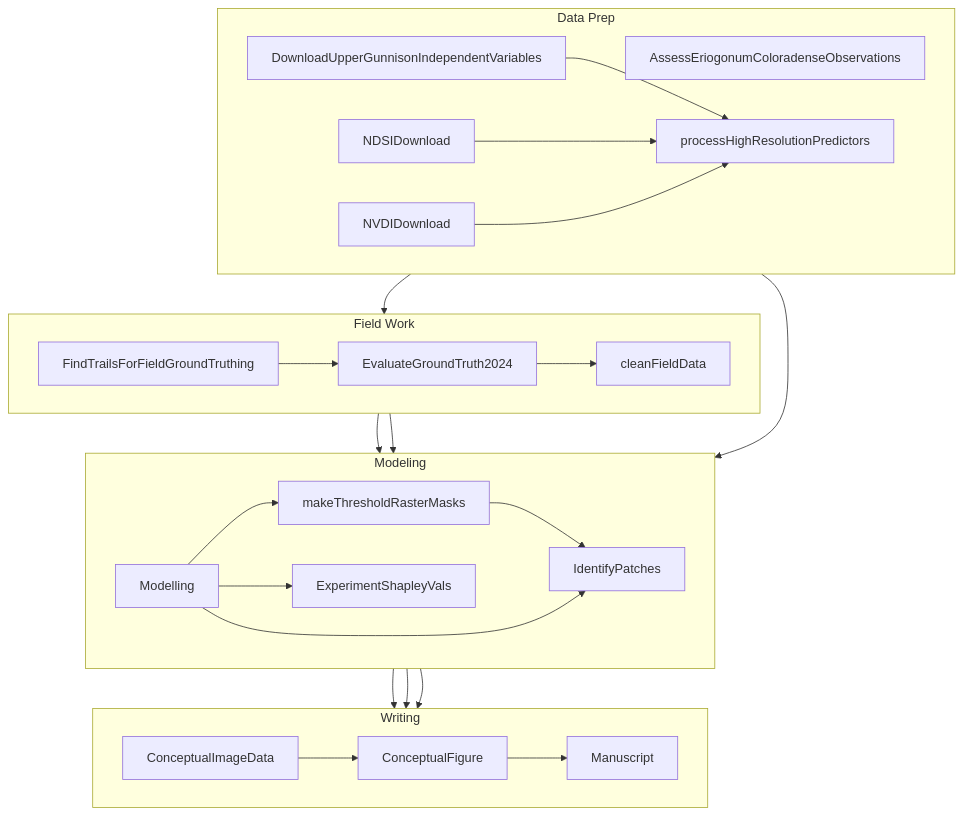
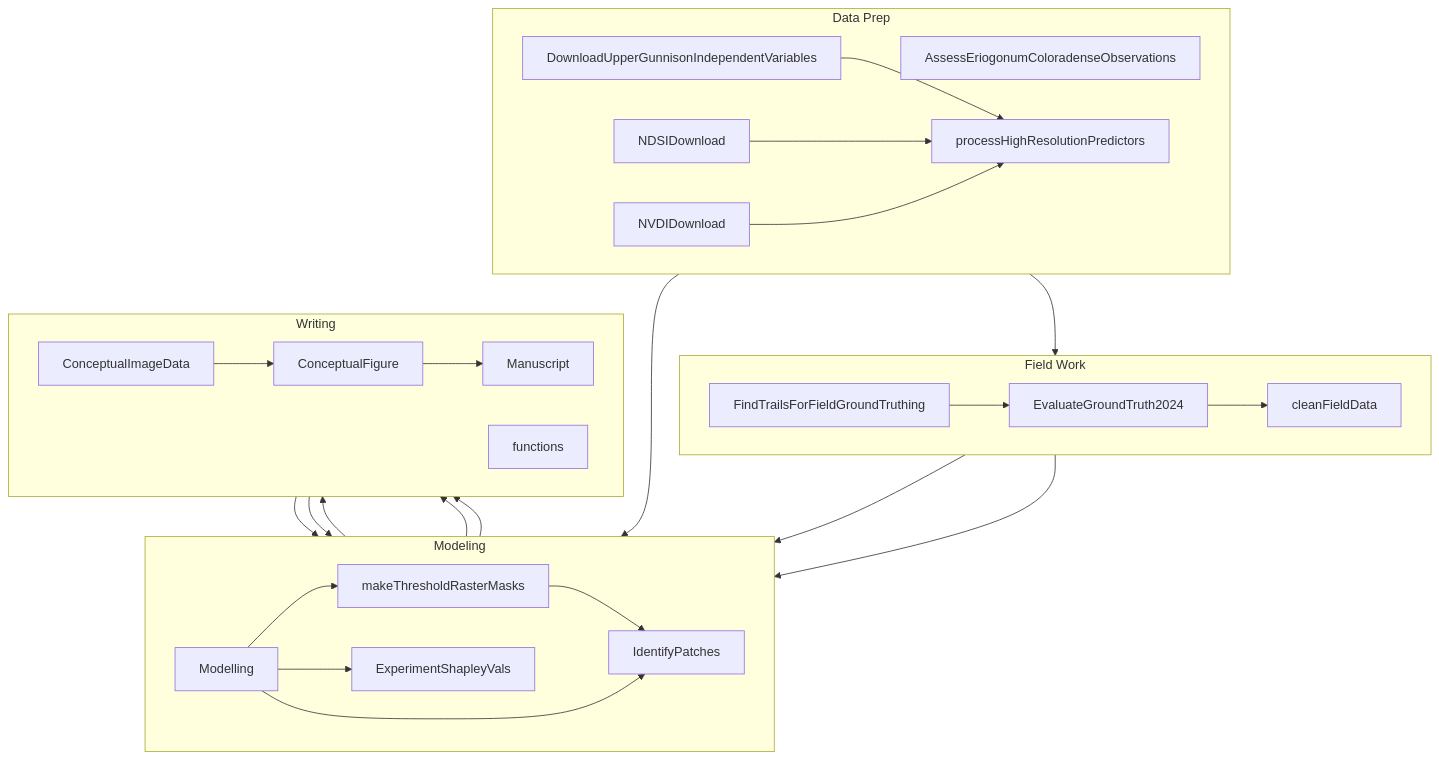
Before and after one commit to sagesteppe/Ecoloradense: the diagram in README.md, drawn with Mermaid.

Commit message:
fns to subgraph

````diff
--- a/README.md
+++ b/README.md
@@ -44,63 +44,70 @@
 ```mermaid
 %%{init: {'theme': 'base', 'themeVariables': {
     'clusterBkg': '#e0f7fa', /* Light cyan for Data Prep */
     'clusterBorder': '#00838f', /* Dark cyan border */
     'clusterTitle': '#004d40', /* Dark teal title text */
     'clusterText': '#004d40' /* Dark teal text */
 }}}%%
 graph TD
     %% Data Prep Subgraph
     subgraph DataPrep["Data Prep"]
         direction LR
         AssessEriogonumColoradenseObservations
         DownloadUpperGunnisonIndependentVariables
         processHighResolutionPredictors
         NDSIDownload
         NVDIDownload
     end
 
     %% Field Work Subgraph
     subgraph FieldWork["Field Work"]
         direction LR
         FindTrailsForFieldGroundTruthing
         EvaluateGroundTruth2024
         cleanFieldData
     end
 
     %% Modeling Subgraph
     subgraph Modeling["Modeling"]
         direction LR
         Modelling
         IdentifyPatches
         makeThresholdRasterMasks
         ExperimentShapleyVals
     end
 
     %% Writing Subgraph
     subgraph Writing["Writing"]
         direction LR
         ConceptualImageData
         ConceptualFigure
         Manuscript
     end
+    
+    %% Functions Subgraph
+    subgraph Writing["Writing"]
+      functions
+    end
 
     %% Connections
     DownloadUpperGunnisonIndependentVariables --> processHighResolutionPredictors
     NDSIDownload --> processHighResolutionPredictors
     NVDIDownload --> processHighResolutionPredictors
     AssessEriogonumColoradenseObservations --> FindTrailsForFieldGroundTruthing
     FindTrailsForFieldGroundTruthing --> EvaluateGroundTruth2024
     EvaluateGroundTruth2024 --> cleanFieldData
     cleanFieldData --> Modelling
     Modelling --> makeThresholdRasterMasks
     makeThresholdRasterMasks --> IdentifyPatches
     processHighResolutionPredictors --> Modelling
     Modelling --> IdentifyPatches
     Modelling --> ExperimentShapleyVals
     Modelling --> Manuscript
     ExperimentShapleyVals --> Manuscript
     IdentifyPatches --> Manuscript
     cleanFieldData --> IdentifyPatches
     ConceptualImageData --> ConceptualFigure
     ConceptualFigure --> Manuscript
+    functions --> Modelling
+    functions --> IdentifyPatches
 ```
````
